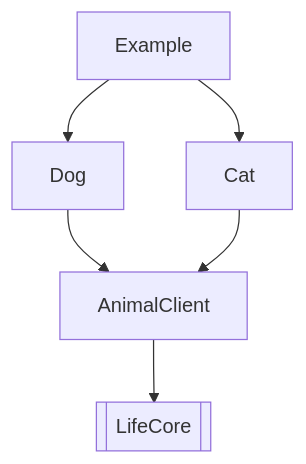
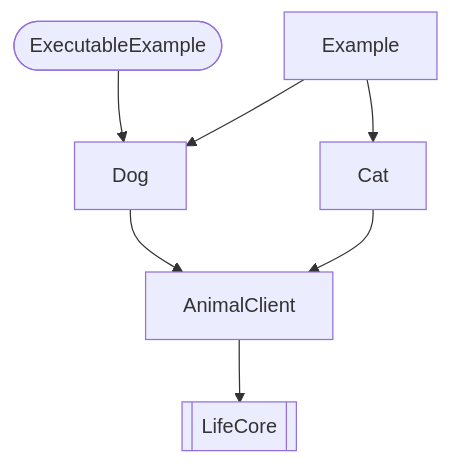
The third of 4 diagrams in README.md (daikimat/depermaid), drawn with Mermaid before and after one commit. The commit also changed other lines of this file and 2 other files, not shown here.

Commit message:
Update Example

````diff
--- a/README.md
+++ b/README.md
@@ -69,12 +73,14 @@
 ```mermaid
-flowchart TD;
+flowchart TD
+    ExecutableExample([ExecutableExample])
+    ExecutableExample-->Dog
     Example
     Example-->Cat
     Example-->Dog
     Dog
     Dog-->AnimalClient
     Cat
     Cat-->AnimalClient
     AnimalClient
     AnimalClient-->LifeCore[[LifeCore]]
 ```
````
